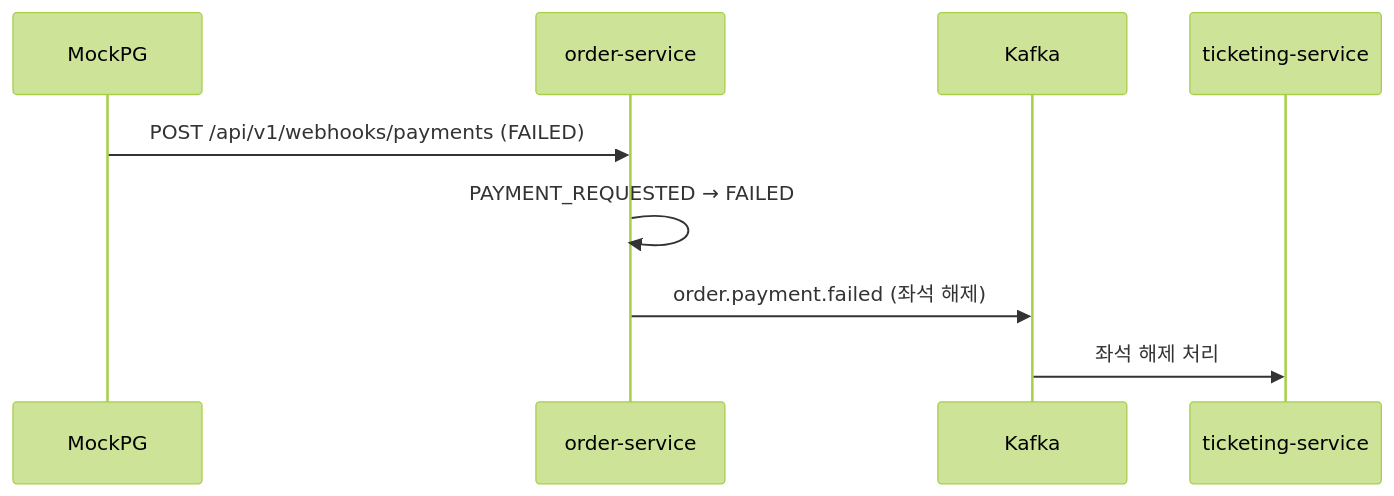
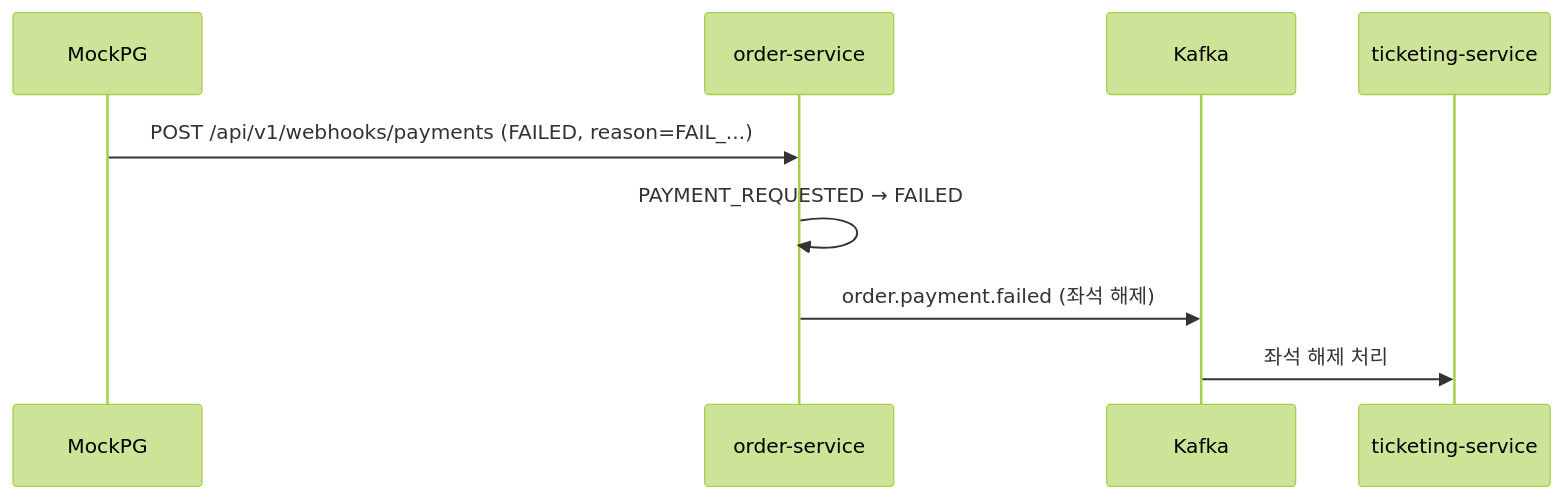
Before and after one commit to 6pm-sparta/6pm: the fifth of 8 diagrams in docs/order-service/flows.md, drawn with Mermaid (forest theme). The commit also changed other lines of this file and 4 other files, not shown here.

````diff
--- a/docs/order-service/flows.md
+++ b/docs/order-service/flows.md
@@ -191,12 +196,12 @@
 ```mermaid
 sequenceDiagram
     participant PG as MockPG
     participant O as order-service
     participant K as Kafka
     participant T as ticketing-service
 
-    PG->>O: POST /api/v1/webhooks/payments (FAILED)
+    PG->>O: POST /api/v1/webhooks/payments (FAILED, reason=FAIL_...)
     O->>O: PAYMENT_REQUESTED → FAILED
     O->>K: order.payment.failed (좌석 해제)
     K->>T: 좌석 해제 처리
 ```
````
